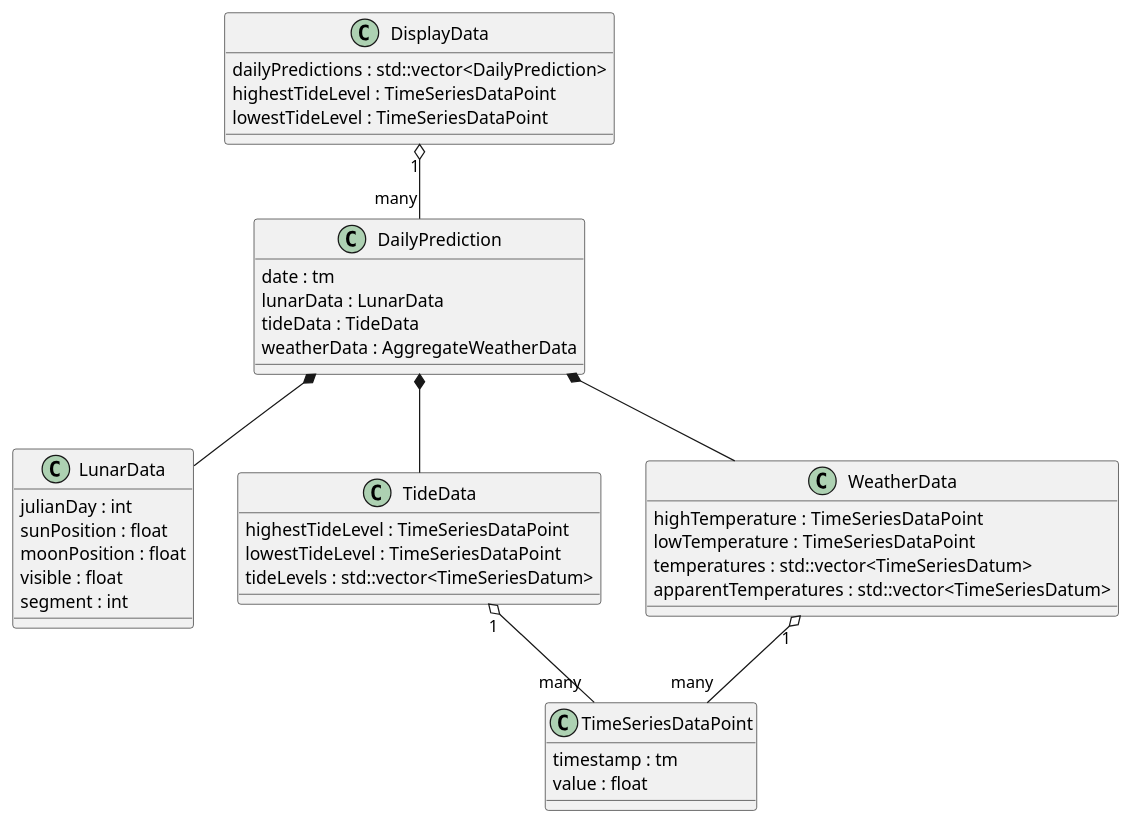
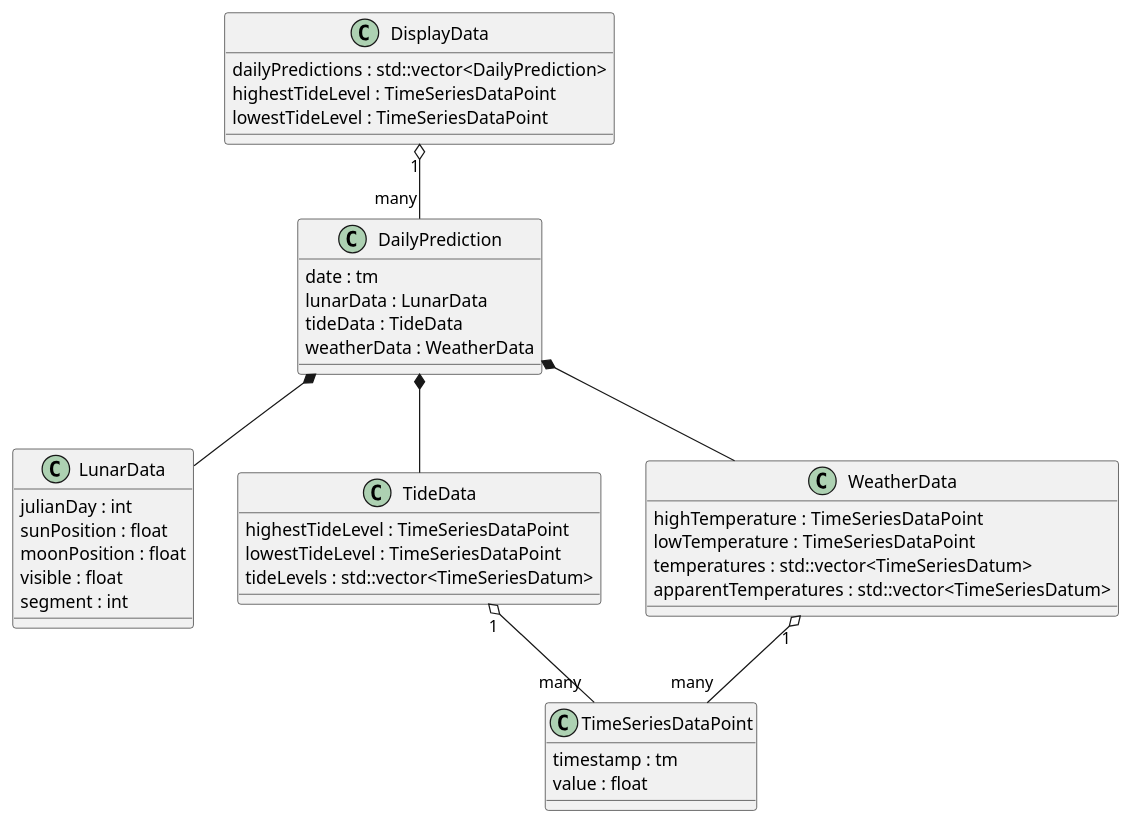
Before and after one commit to ciroque/tidal: the diagram in docs/DisplayDataClasses.puml, drawn with PlantUML. The commit also changed 7 other files, not shown here.

First line of the commit message:
- Pad missing leading values from weather data. (#64)

```diff
--- a/docs/DisplayDataClasses.puml
+++ b/docs/DisplayDataClasses.puml
@@ -1,51 +1,51 @@
 @startuml
 'https://plantuml.com/class-diagram
 
 class TimeSeriesDataPoint {
     timestamp : tm
     value : float
 }
 
 class DisplayData {
     dailyPredictions : std::vector<DailyPrediction>
     highestTideLevel : TimeSeriesDataPoint
     lowestTideLevel : TimeSeriesDataPoint
 }
 
 class DailyPrediction {
     date : tm
     lunarData : LunarData
     tideData : TideData
-    weatherData : AggregateWeatherData
+    weatherData : WeatherData
 }
 
 class LunarData {
     julianDay : int
     sunPosition : float
     moonPosition : float
     visible : float
     segment : int
 }
 
 class TideData {
     highestTideLevel : TimeSeriesDataPoint
     lowestTideLevel : TimeSeriesDataPoint
     tideLevels : std::vector<TimeSeriesDatum>
 }
 
 class WeatherData {
     highTemperature : TimeSeriesDataPoint
     lowTemperature : TimeSeriesDataPoint
     temperatures : std::vector<TimeSeriesDatum>
     apparentTemperatures : std::vector<TimeSeriesDatum>
 }
 
 DisplayData "1" o-- "many" DailyPrediction
 DailyPrediction *-- LunarData
 DailyPrediction *-- TideData
 DailyPrediction *-- WeatherData
 TideData "1" o-- "many" TimeSeriesDataPoint
 WeatherData "1" o-- "many" TimeSeriesDataPoint
 
 
 @enduml
```
